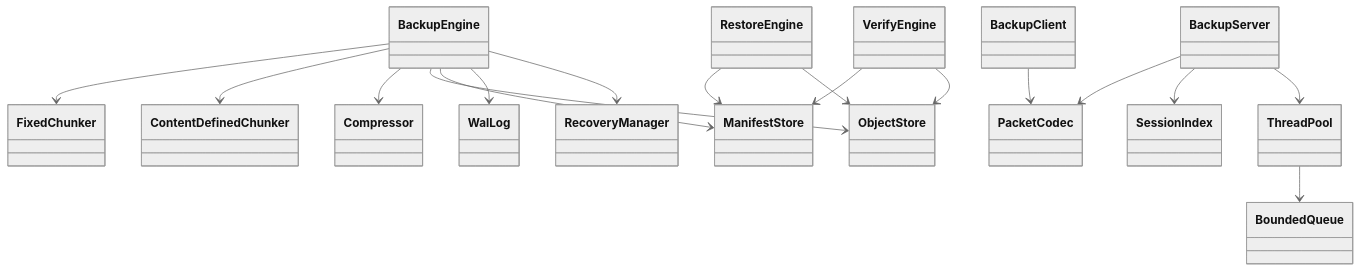
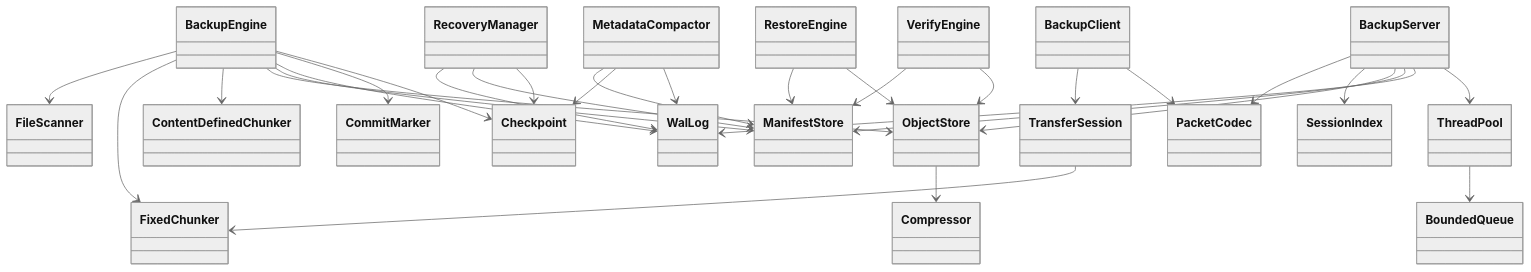
Before and after one commit to JiaChangGit/cpp-data-protection-core: the fifth of 7 diagrams in docs/diagrams.md, drawn with Mermaid (neutral theme). The commit also changed other lines of this file and 23 other files, not shown here.

````diff
--- a/docs/diagrams.md
+++ b/docs/diagrams.md
@@ -107,36 +139,32 @@
 ```mermaid
 classDiagram
-    class BackupEngine
-    class RestoreEngine
-    class VerifyEngine
-    class FixedChunker
-    class ContentDefinedChunker
-    class Compressor
-    class ObjectStore
-    class ManifestStore
-    class WalLog
-    class RecoveryManager
-    class BackupClient
-    class BackupServer
-    class PacketCodec
-    class SessionIndex
-    class ThreadPool
-    class BoundedQueue
-
+    BackupEngine --> FileScanner
     BackupEngine --> FixedChunker
     BackupEngine --> ContentDefinedChunker
-    BackupEngine --> Compressor
     BackupEngine --> ObjectStore
     BackupEngine --> ManifestStore
     BackupEngine --> WalLog
-    BackupEngine --> RecoveryManager
+    BackupEngine --> CommitMarker
+    BackupEngine --> Checkpoint
+    ObjectStore --> Compressor
     RestoreEngine --> ManifestStore
     RestoreEngine --> ObjectStore
     VerifyEngine --> ManifestStore
     VerifyEngine --> ObjectStore
+    RecoveryManager --> WalLog
+    RecoveryManager --> ManifestStore
+    RecoveryManager --> Checkpoint
+    MetadataCompactor --> ManifestStore
+    MetadataCompactor --> Checkpoint
+    MetadataCompactor --> WalLog
+    BackupClient --> TransferSession
     BackupClient --> PacketCodec
+    TransferSession --> FixedChunker
     BackupServer --> PacketCodec
     BackupServer --> SessionIndex
+    BackupServer --> ObjectStore
+    BackupServer --> ManifestStore
+    BackupServer --> WalLog
     BackupServer --> ThreadPool
     ThreadPool --> BoundedQueue
 ```
````
